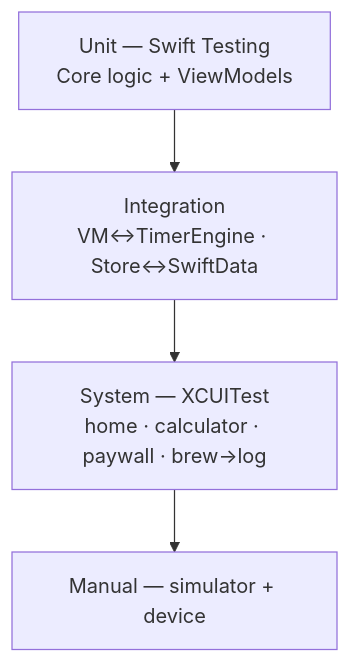
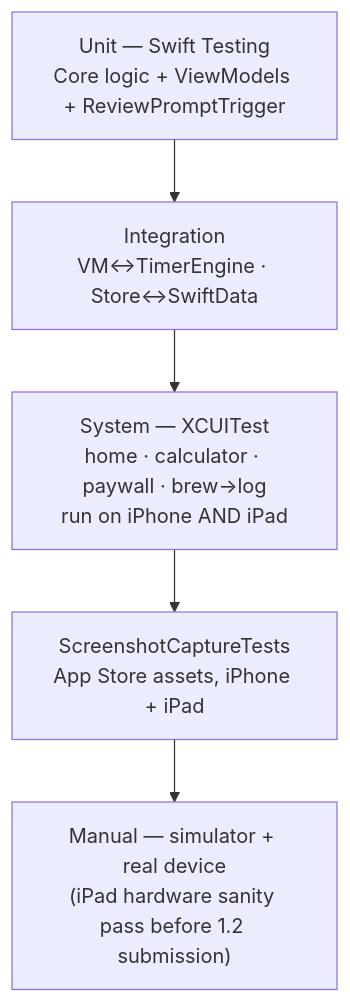
The third of 3 diagrams in ARCHITECTURE.md (JayReece313/coffeegrams), drawn with Mermaid before and after one commit. The commit also changed other lines of this file, not shown here.

First line of the commit message:
Update ARCHITECTURE.md for 1.1 + 1.2 — it hadn't been touched since 1.0

````diff
--- a/ARCHITECTURE.md
+++ b/ARCHITECTURE.md
@@ -162,6 +200,7 @@
 ```mermaid
 graph TD
-    Unit["Unit — Swift Testing<br/>Core logic + ViewModels"] --> Integ["Integration<br/>VM↔TimerEngine · Store↔SwiftData"]
-    Integ --> System["System — XCUITest<br/>home · calculator · paywall · brew→log"]
-    System --> Manual["Manual — simulator + device"]
+    Unit["Unit — Swift Testing<br/>Core logic + ViewModels + ReviewPromptTrigger"] --> Integ["Integration<br/>VM↔TimerEngine · Store↔SwiftData"]
+    Integ --> System["System — XCUITest<br/>home · calculator · paywall · brew→log<br/>run on iPhone AND iPad"]
+    System --> Screenshots["ScreenshotCaptureTests<br/>App Store assets, iPhone + iPad"]
+    Screenshots --> Manual["Manual — simulator + real device<br/>(iPad hardware sanity pass before 1.2 submission)"]
 ```
````
